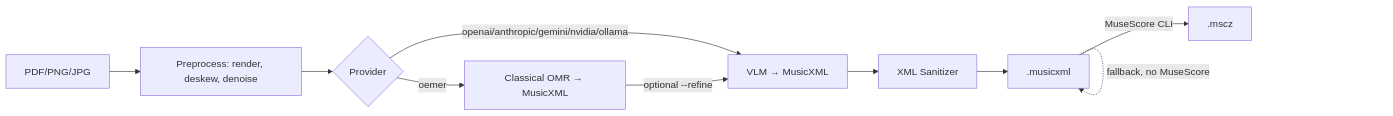
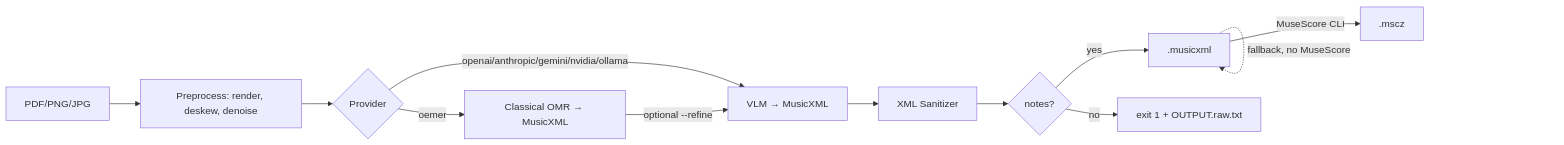
One commit to marianwolf/pdf2mscz changed the diagram in README.md. Above: the diagram before and after it, drawn with Mermaid. The commit also changed other lines of this file and 6 other files, not shown here.

````diff
--- a/README.md
+++ b/README.md
@@ -10,12 +10,14 @@
 ```mermaid
 flowchart LR
     IN[PDF/PNG/JPG] --> PRE[Preprocess: render, deskew, denoise]
     PRE --> P{Provider}
     P -->|openai/anthropic/gemini/nvidia/ollama| VLM[VLM → MusicXML]
     P -->|oemer| OMR[Classical OMR → MusicXML]
     OMR -->|optional --refine| VLM
     VLM --> SAN[XML Sanitizer]
-    SAN --> XML[.musicxml]
+    SAN --> V{notes?}
+    V -->|yes| XML[.musicxml]
+    V -->|no| ERR[exit 1 + OUTPUT.raw.txt]
     XML -->|MuseScore CLI| MSC[.mscz]
     XML -.fallback, no MuseScore.-> XML
 ```
````
